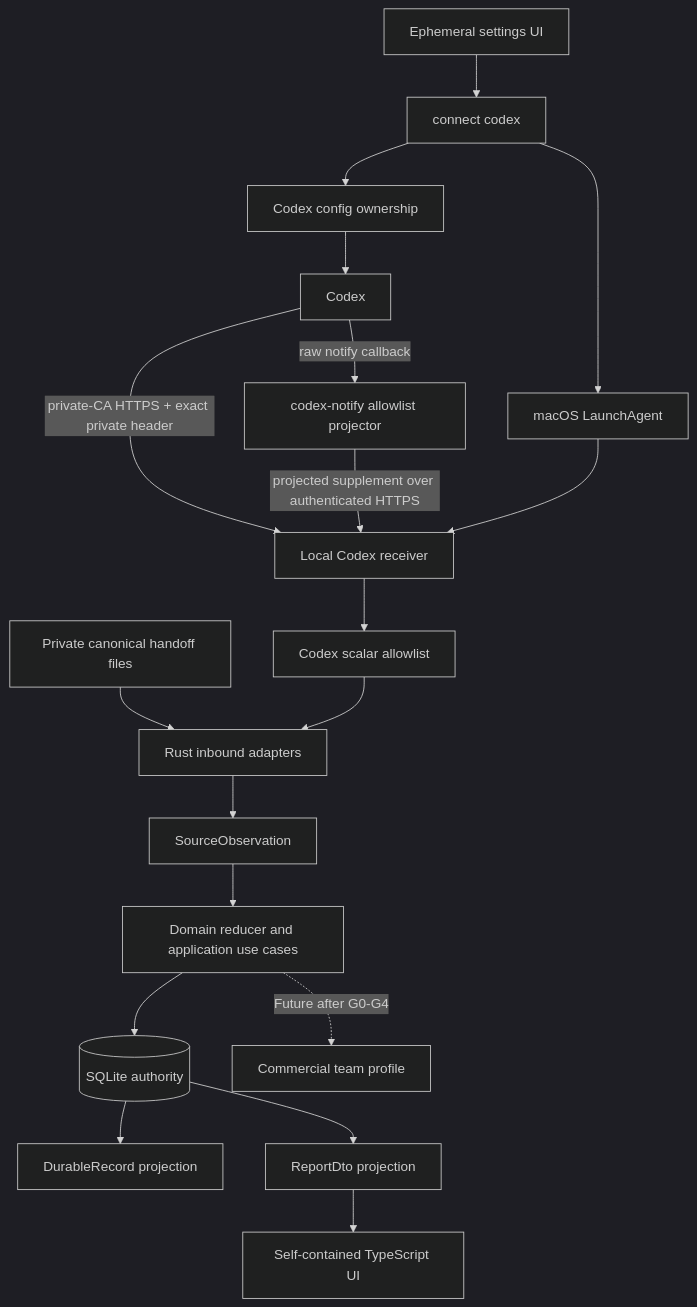
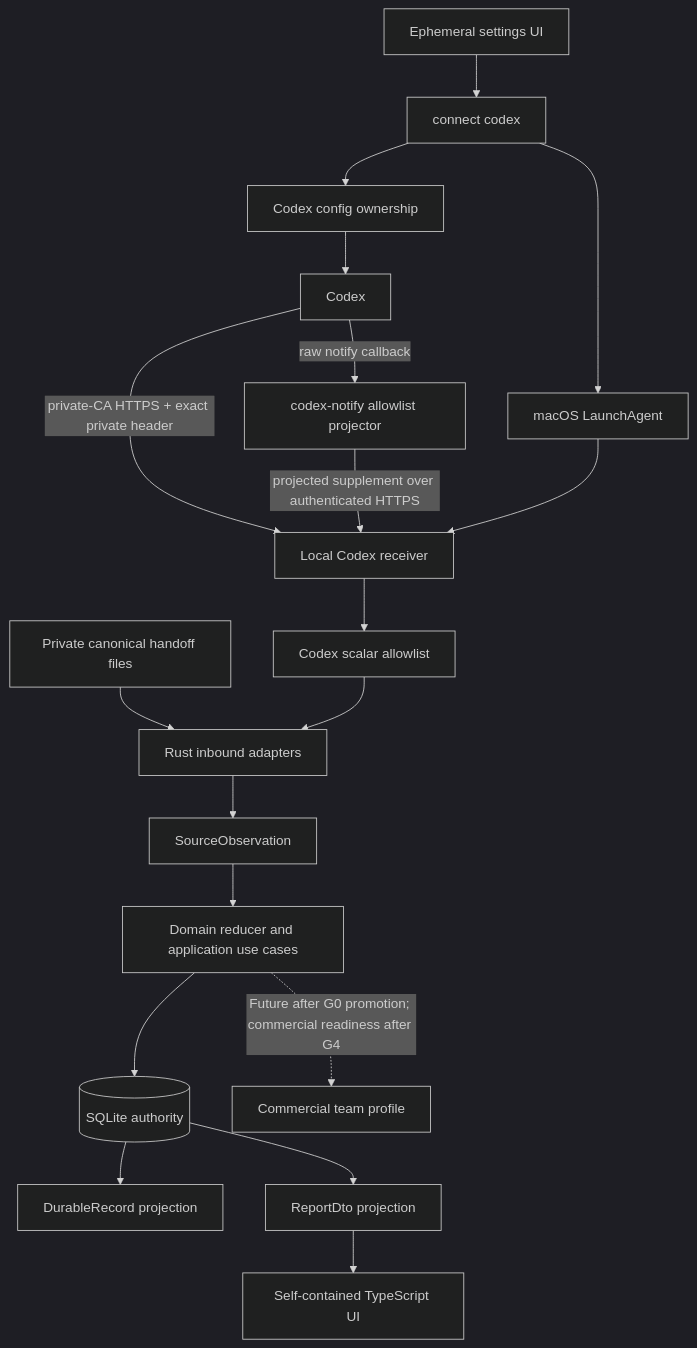
The diagram in docs/ARCHITECTURE.md (MCprotein/agent-observability), drawn with Mermaid (dark theme) before and after one commit. The commit also changed 2 other files, not shown here.

Commit message:
docs: clarify prerelease and future team paths

````diff
--- a/docs/ARCHITECTURE.md
+++ b/docs/ARCHITECTURE.md
@@ -132,21 +132,21 @@
 ```mermaid
 flowchart TB
     Codex["Codex"] -->|"private-CA HTTPS + exact private header"| Receiver["Local Codex receiver"]
     Codex -->|"raw notify callback"| Notify["codex-notify allowlist projector"]
     Notify -->|"projected supplement over authenticated HTTPS"| Receiver
     Manual["Private canonical handoff files"] --> Adapters["Rust inbound adapters"]
     Receiver --> Allowlist["Codex scalar allowlist"]
     Allowlist --> Adapters
     Adapters --> Observation["SourceObservation"]
     Observation --> Core["Domain reducer and application use cases"]
     Core --> Store[("SQLite authority")]
     Store --> Projection["DurableRecord projection"]
     Store --> Report["ReportDto projection"]
     Report --> UI["Self-contained TypeScript UI"]
     Connect["connect codex"] --> Ownership["Codex config ownership"]
     Connect --> LaunchAgent["macOS LaunchAgent"]
     Settings["Ephemeral settings UI"] --> Connect
     Ownership --> Codex
     LaunchAgent --> Receiver
-    Core -.->|"Future after G0-G4"| Team["Commercial team profile"]
+    Core -.->|"Future after G0 promotion; commercial readiness after G4"| Team["Commercial team profile"]
 ```
````
